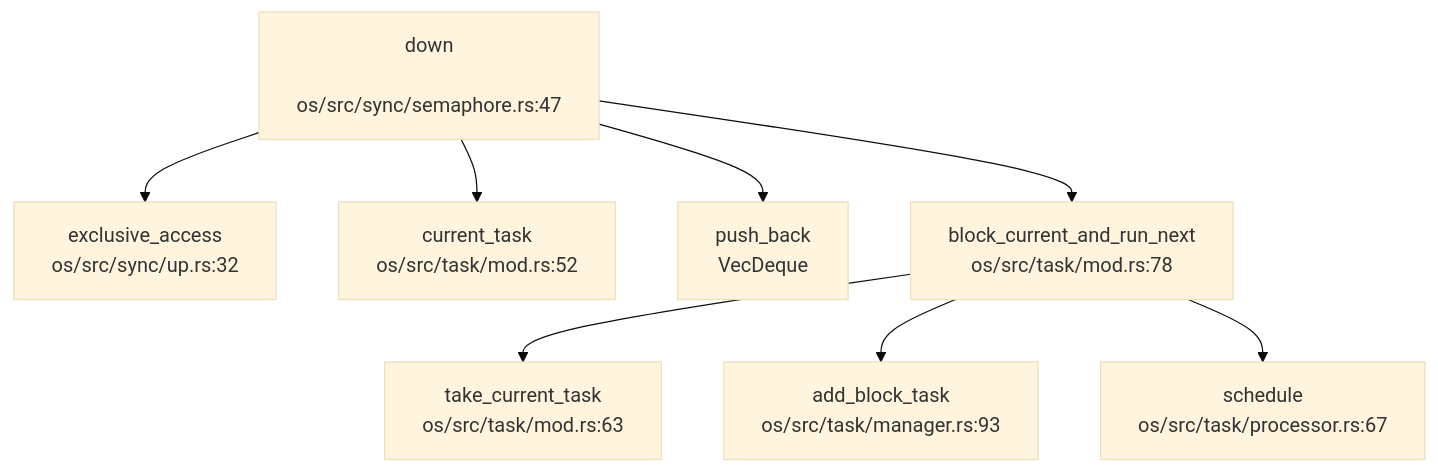
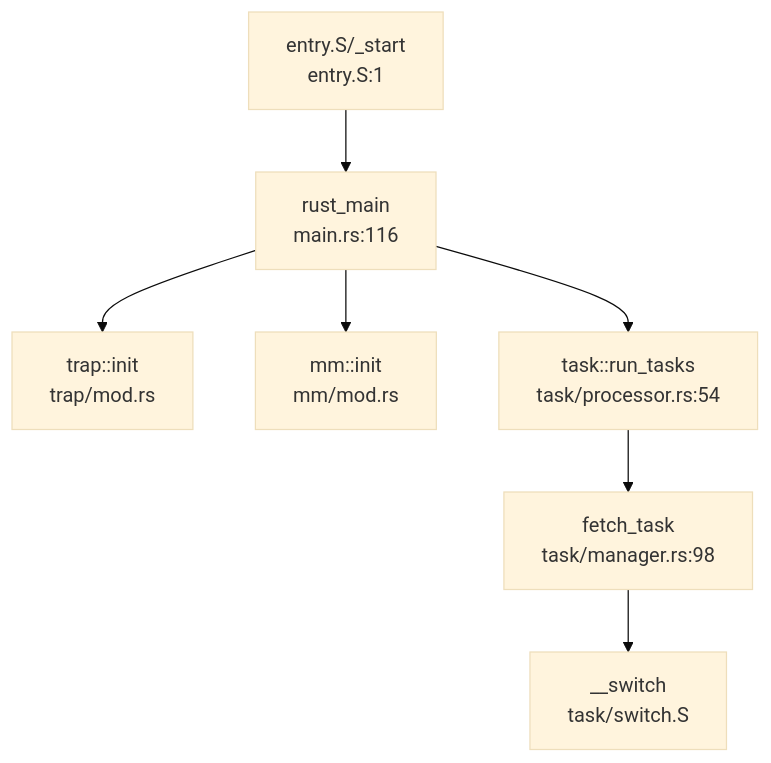
Before and after one commit to Freefor100/OS-Agent: the tenth of 12 diagrams in output/oskernel2024-chaos/OS技术分析报告_oskernel2024-chaos.md, drawn with Mermaid (base theme). The commit also changed other lines of this file and 117 other files, not shown here.

````diff
--- a/output/oskernel2024-chaos/OS技术分析报告_oskernel2024-chaos.md
+++ b/output/oskernel2024-chaos/OS技术分析报告_oskernel2024-chaos.md
@@ -4366,18 +4610,16 @@
 ```mermaid
 graph TD
-  A["down
- os/src/sync/semaphore.rs:47"] --> B["exclusive_access
- os/src/sync/up.rs:32"]
-  A --> C["current_task
- os/src/task/mod.rs:52"]
-  A --> D["push_back
- VecDeque"]
-  A --> E["block_current_and_run_next
- os/src/task/mod.rs:78"]
-  E --> F["take_current_task
- os/src/task/mod.rs:63"]
-  E --> G["add_block_task
- os/src/task/manager.rs:93"]
-  E --> H["schedule
- os/src/task/processor.rs:67"]
+    A["entry.S/_start
+ entry.S:1"] --> B["rust_main
+ main.rs:116"]
+    B --> C["trap::init
+ trap/mod.rs"]
+    B --> D["mm::init
+ mm/mod.rs"]
+    B --> E["task::run_tasks
+ task/processor.rs:54"]
+    E --> F["fetch_task
+ task/manager.rs:98"]
+    F --> G["__switch
+ task/switch.S"]
 ```
````
